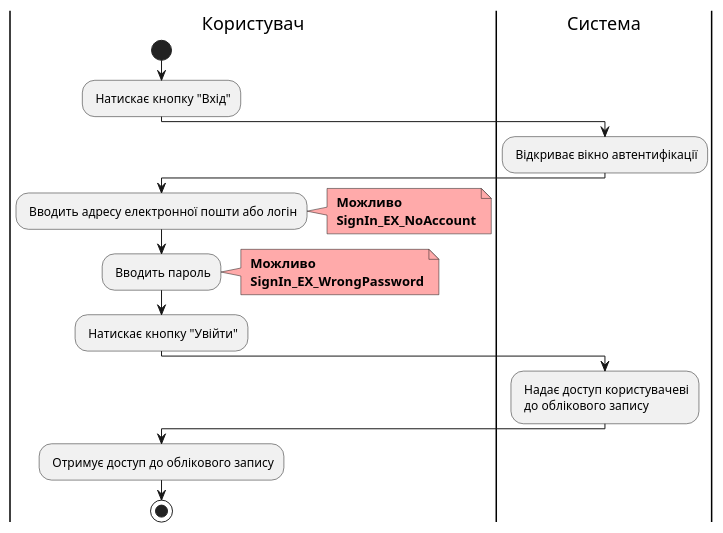
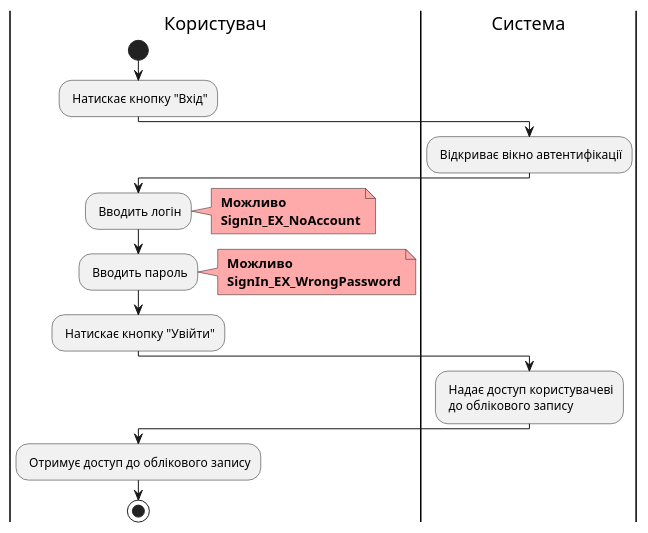
One commit to boldak/edu-db-cw changed the seventh of 22 diagrams in docs/use cases/README.md. Above: the diagram before and after it, drawn with PlantUML. The commit also changed other lines of this file and 1 other file, not shown here.

```diff
--- a/docs/use cases/README.md
+++ b/docs/use cases/README.md
@@ -368,34 +368,34 @@
 @startuml
     
     |Користувач|
     start
     : Натискає кнопку "Вхід";
     
     |Система|
     : Відкриває вікно автентифікації;
     
     |Користувач|
-    : Вводить адресу електронної пошти або логін;
+    : Вводить логін;
     note right #ffaaaa
     <b> Можливо
     <b> SignIn_EX_NoAccount
     end note
         
     |Користувач|
     : Вводить пароль;
     note right #ffaaaa
     <b> Можливо
     <b> SignIn_EX_WrongPassword
     end note
     
     |Користувач|
     : Натискає кнопку "Увійти";
     
     |Система|
     : Надає доступ користувачеві\n до облікового запису;
     
     |Користувач|
     : Отримує доступ до облікового запису;
     stop;
     
 @enduml
```
